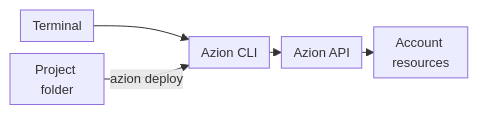
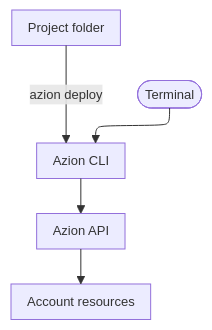
Before and after one commit to aziontech/docs: the diagram in apps/docs/src/content/docs/en/pages/devtools/cli/azion-cli/azion-overview/azion-overview.mdx, drawn with Mermaid. The commit also changed 179 other files, not shown here.

Commit message:
docs(diagrams): redraw every other diagram in the use-case diagram style (#2513)

````diff
--- a/apps/docs/src/content/docs/en/pages/devtools/cli/azion-cli/azion-overview/azion-overview.mdx
+++ b/apps/docs/src/content/docs/en/pages/devtools/cli/azion-cli/azion-overview/azion-overview.mdx
@@ -34,8 +34,8 @@
 ```mermaid
-%%{init: {"layout": "dagre", "themeVariables": {"fontSize": "13px"}, "flowchart": {"nodeSpacing": 12, "rankSpacing": 12, "padding": 6, "wrappingWidth": 70, "minNodeWidth": 40, "useMaxWidth": true}}}%%
-flowchart LR
-  Term["Terminal"] --> Cli["Azion CLI"]
+%%{init: {"layout": "elk", "elk": {"layeringStrategy": "LONGEST_PATH_SOURCE"}, "themeVariables": {"fontSize": "13px"}, "flowchart": {"nodeSpacing": 24, "rankSpacing": 36, "padding": 8, "wrappingWidth": 150, "useMaxWidth": true}, "sequence": {"width": 120, "actorMargin": 30, "useMaxWidth": true}}}%%
+flowchart TD
+  Term(["Terminal"]) --> Cli["Azion CLI"]
   Proj["Project folder"] -->|"azion deploy"| Cli
   Cli --> Api["Azion API"]
   Api --> Res["Account resources"]
 ```
````
